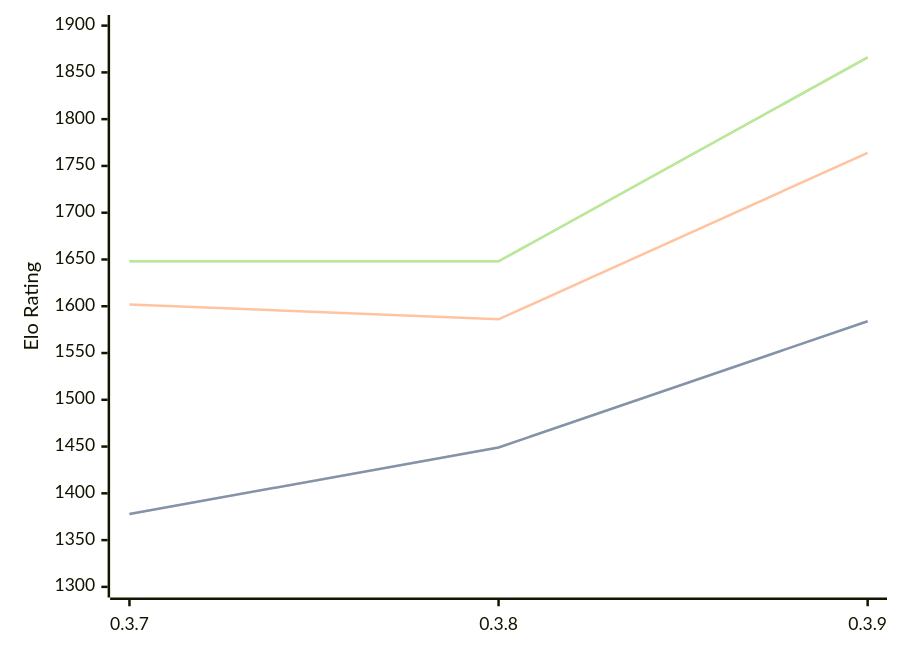
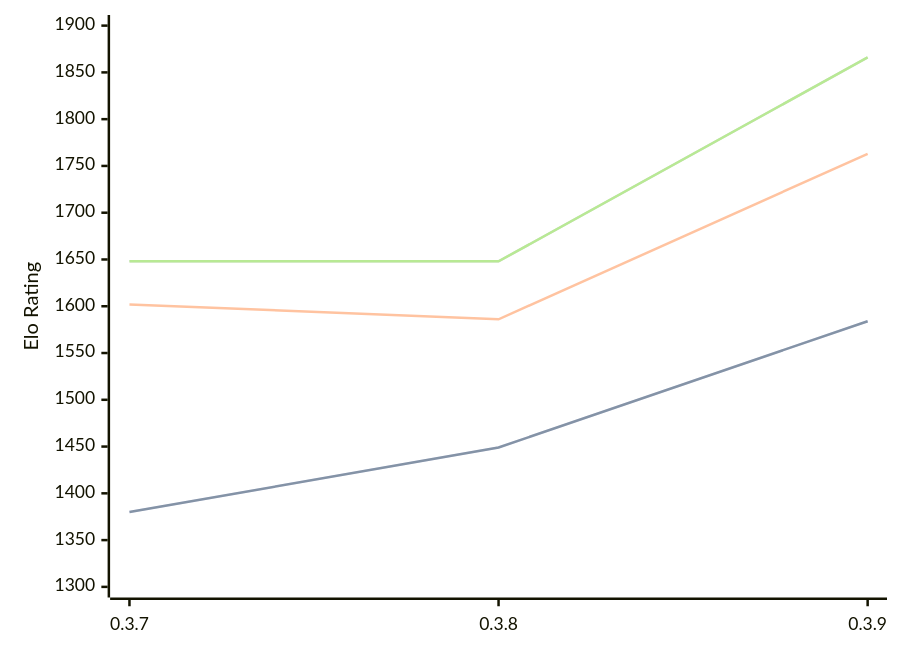
The diagram in engines/Arche.md (computer-chess-index/cci), drawn with Mermaid before and after one commit. The commit also changed other lines of this file, not shown here.

````diff
--- a/engines/Arche.md
+++ b/engines/Arche.md
@@ -33,11 +33,11 @@
 ```mermaid
 %%{init: {"theme":"base","themeVariables":{"seriesColors:['#a3a3a3','#222221','#faa371']}}}%%
 xychart-beta
   x-axis ["0.3.7", "0.3.8", "0.3.9"]
   y-axis "Elo Rating" 1300 --> 1900
-  line "STC (8.0+0.08s)" [1378, 1449, 1584]
-  line "STC (8.0+0.08s)" [1378, 1449, 1584]
-  line "LTC (60.0+0.60s)" [1602, 1586, 1764]
+  line "STC (8.0+0.08s)" [1380, 1449, 1584]
+  line "STC (8.0+0.08s)" [1380, 1449, 1584]
+  line "LTC (60.0+0.60s)" [1602, 1586, 1763]
   line "VLTC (2m24s+1.12s)" [1648, 1648, 1866]
   line "VLTC (2m24s+1.12s)" [1648, 1648, 1866]
 ```
````
